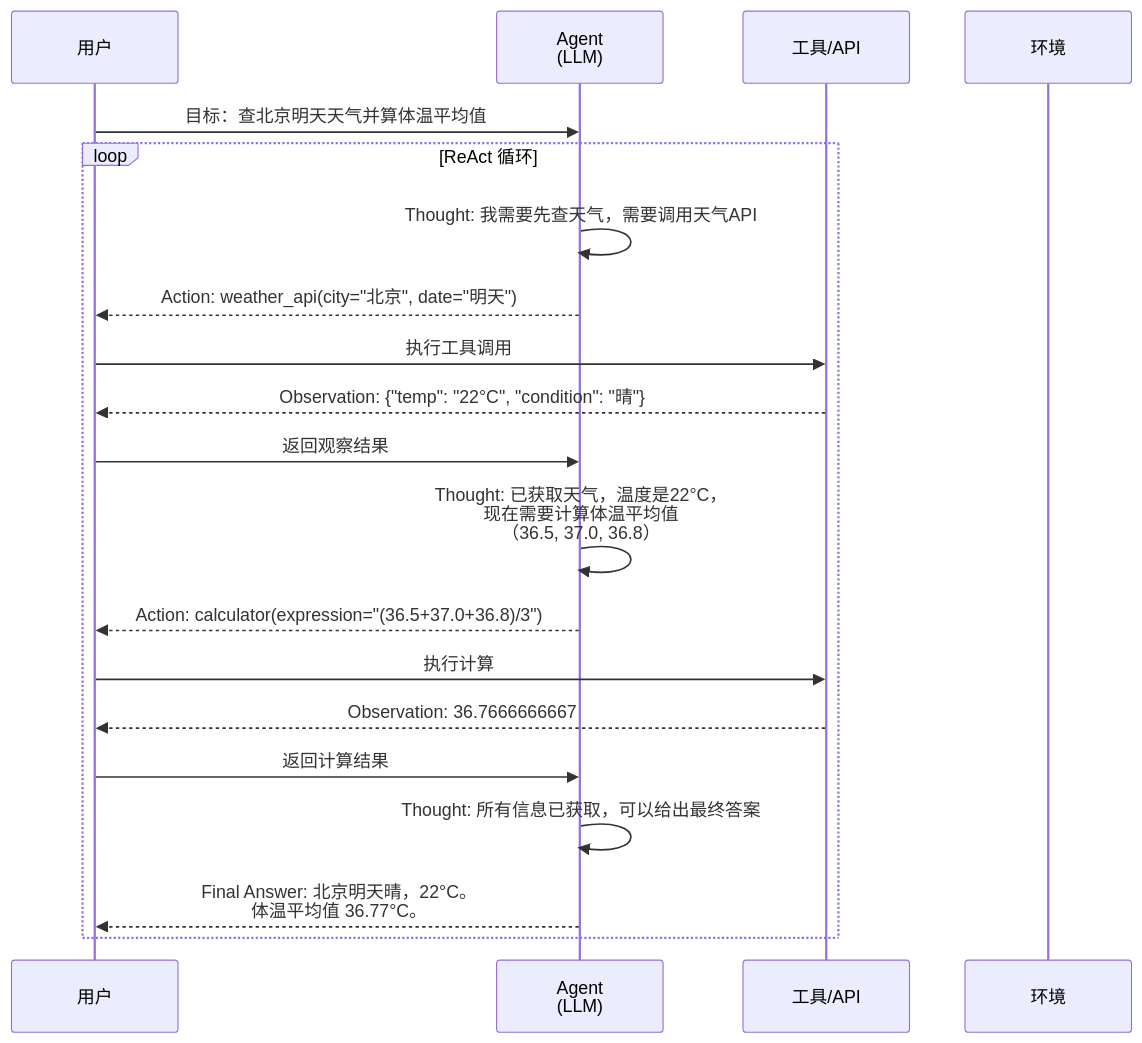
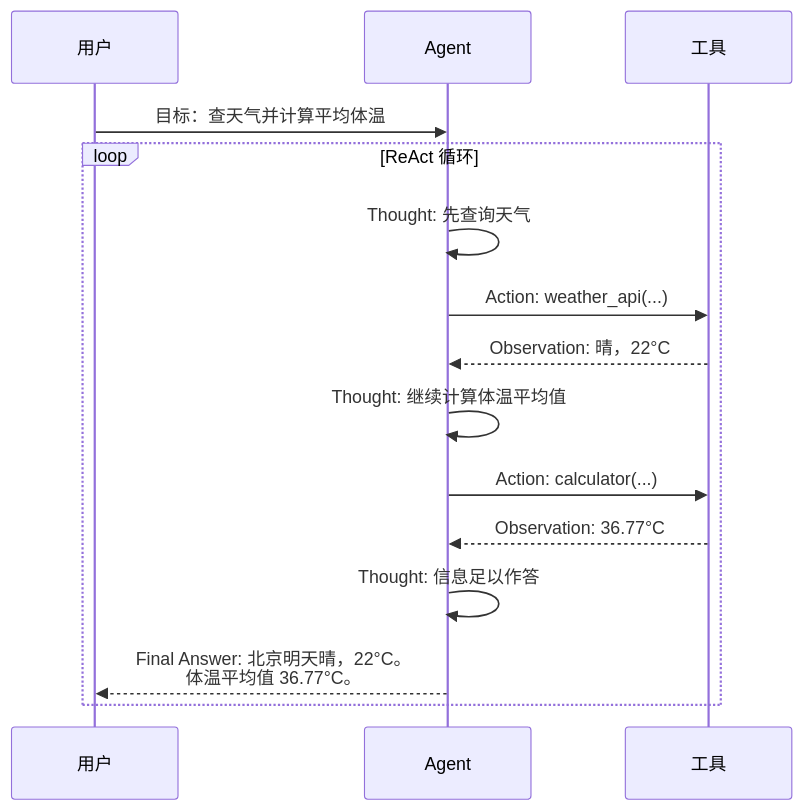
Before and after one commit to BeefWrap4/LLM-Knowledge-Base: the fourth of 20 diagrams in 15_Agent智能体开发.md, drawn with Mermaid. The commit also changed other lines of this file and 8 other files, not shown here.

Commit message:
Fix Mermaid semantics and Obsidian layouts

````diff
--- a/15_Agent智能体开发.md
+++ b/15_Agent智能体开发.md
@@ -198,26 +198,21 @@
 ```mermaid
 sequenceDiagram
     participant U as 用户
-    participant A as Agent<br/>(LLM)
-    participant T as 工具/API
-    participant E as 环境
+    participant A as Agent
+    participant T as 工具
 
-    U->>A: 目标：查北京明天天气并算体温平均值
+    U->>A: 目标：查天气并计算平均体温
     
     loop ReAct 循环
-        A->>A: Thought: 我需要先查天气，需要调用天气API
-        A-->>U: Action: weather_api(city="北京", date="明天")
-        U->>T: 执行工具调用
-        T-->>U: Observation: {"temp": "22°C", "condition": "晴"}
-        U->>A: 返回观察结果
+        A->>A: Thought: 先查询天气
+        A->>T: Action: weather_api(...)
+        T-->>A: Observation: 晴，22°C
         
-        A->>A: Thought: 已获取天气，温度是22°C，<br/>现在需要计算体温平均值<br/>（36.5, 37.0, 36.8）
-        A-->>U: Action: calculator(expression="(36.5+37.0+36.8)/3")
-        U->>T: 执行计算
-        T-->>U: Observation: 36.7666666667
-        U->>A: 返回计算结果
+        A->>A: Thought: 继续计算体温平均值
+        A->>T: Action: calculator(...)
+        T-->>A: Observation: 36.77°C
         
-        A->>A: Thought: 所有信息已获取，可以给出最终答案
+        A->>A: Thought: 信息足以作答
         A-->>U: Final Answer: 北京明天晴，22°C。<br/>体温平均值 36.77°C。
     end
 ```
````
